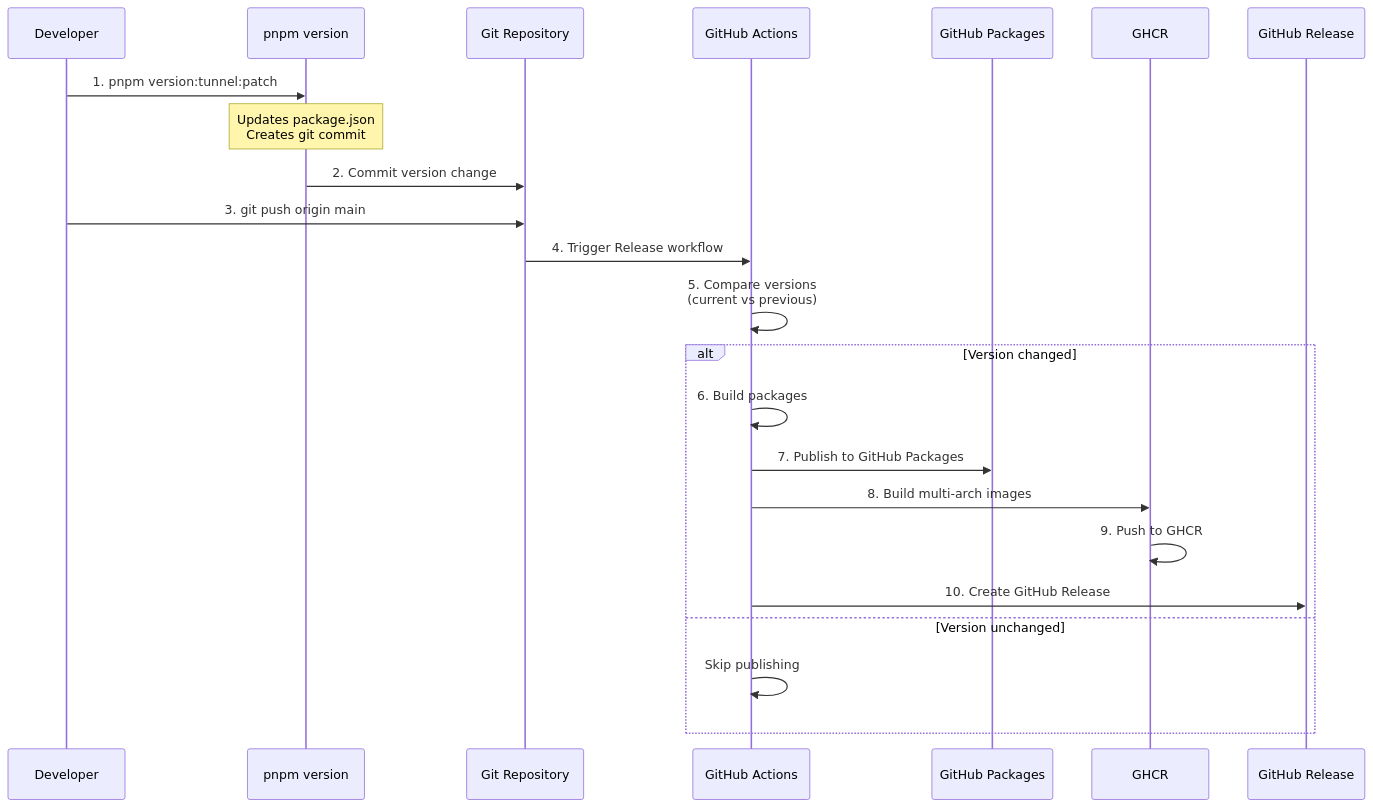
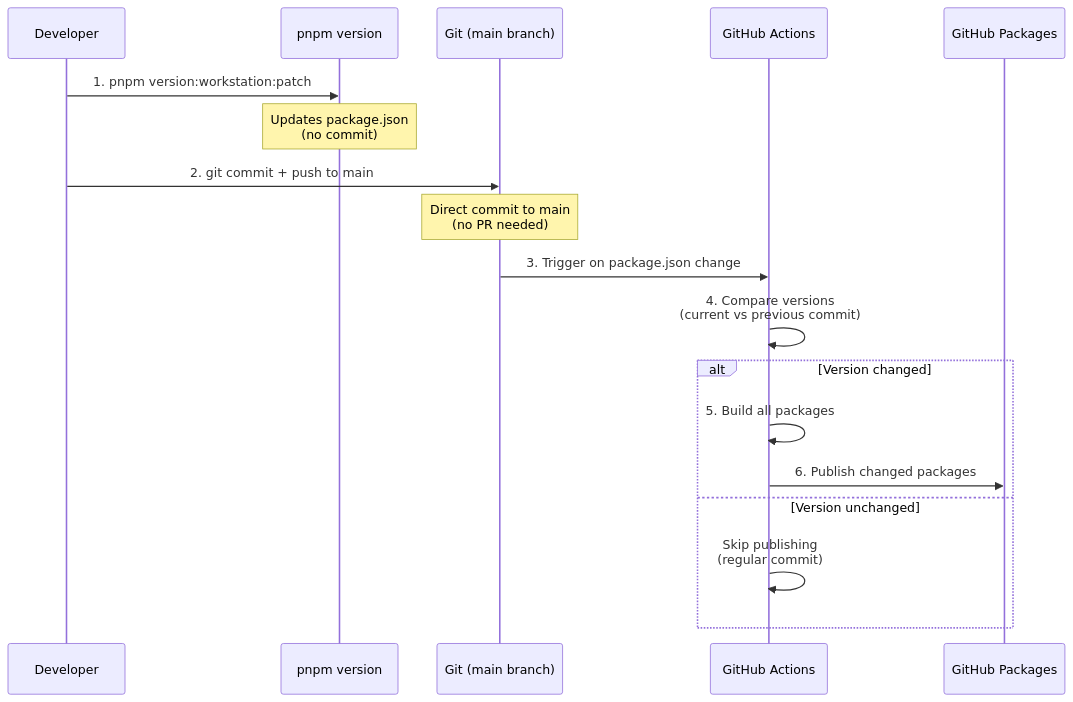
The diagram in CLAUDE.md (tiflis-io/tiflis-code), drawn with Mermaid before and after one commit. The commit also changed other lines of this file and 1 other file, not shown here.

Commit message:
refactor: simplify release process - direct commits to main, publish only on version changes

````diff
--- a/CLAUDE.md
+++ b/CLAUDE.md
@@ -2471,26 +2415,21 @@
 ```mermaid
 sequenceDiagram
     participant Dev as Developer
     participant CMD as pnpm version
-    participant Git as Git Repository
+    participant Git as Git (main branch)
     participant CI as GitHub Actions
     participant NPM as GitHub Packages
-    participant Docker as GHCR
-    participant Release as GitHub Release
 
-    Dev->>CMD: 1. pnpm version:tunnel:patch
-    Note over CMD: Updates package.json<br/>Creates git commit
-    CMD->>Git: 2. Commit version change
-    Dev->>Git: 3. git push origin main
-    Git->>CI: 4. Trigger Release workflow
-    CI->>CI: 5. Compare versions<br/>(current vs previous)
+    Dev->>CMD: 1. pnpm version:workstation:patch
+    Note over CMD: Updates package.json<br/>(no commit)
+    Dev->>Git: 2. git commit + push to main
+    Note over Git: Direct commit to main<br/>(no PR needed)
+    Git->>CI: 3. Trigger on package.json change
+    CI->>CI: 4. Compare versions<br/>(current vs previous commit)
     alt Version changed
-        CI->>CI: 6. Build packages
-        CI->>NPM: 7. Publish to GitHub Packages
-        CI->>Docker: 8. Build multi-arch images
-        Docker->>Docker: 9. Push to GHCR
-        CI->>Release: 10. Create GitHub Release
+        CI->>CI: 5. Build all packages
+        CI->>NPM: 6. Publish changed packages
     else Version unchanged
-        CI->>CI: Skip publishing
+        CI->>CI: Skip publishing<br/>(regular commit)
     end
 ```
````
